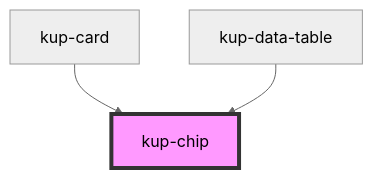
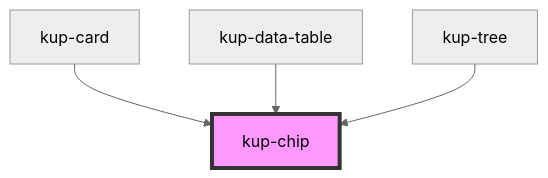
Before and after one commit to smeup/ketchup: the diagram in packages/ketchup/src/components/kup-chip/readme.md, drawn with Mermaid (neutral theme). The commit also changed other lines of this file and 17 other files, not shown here.

Commit message:
kup-data-table renderCell mirrored in kup-tree

````diff
--- a/packages/ketchup/src/components/kup-chip/readme.md
+++ b/packages/ketchup/src/components/kup-chip/readme.md
@@ -46,6 +47,7 @@
 ```mermaid
 graph TD;
   kup-card --> kup-chip
   kup-data-table --> kup-chip
+  kup-tree --> kup-chip
   style kup-chip fill:#f9f,stroke:#333,stroke-width:4px
 ```
````
